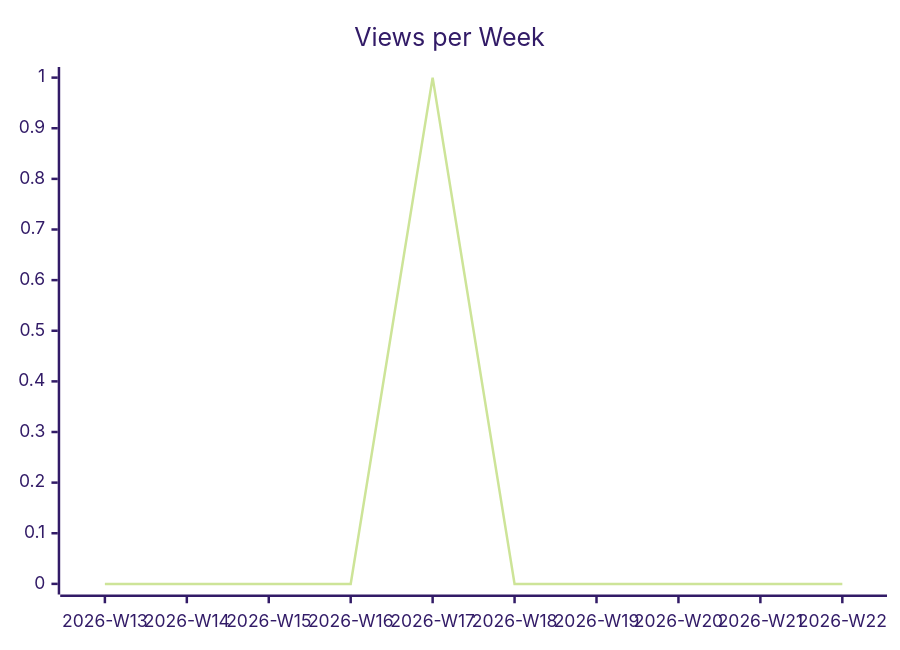
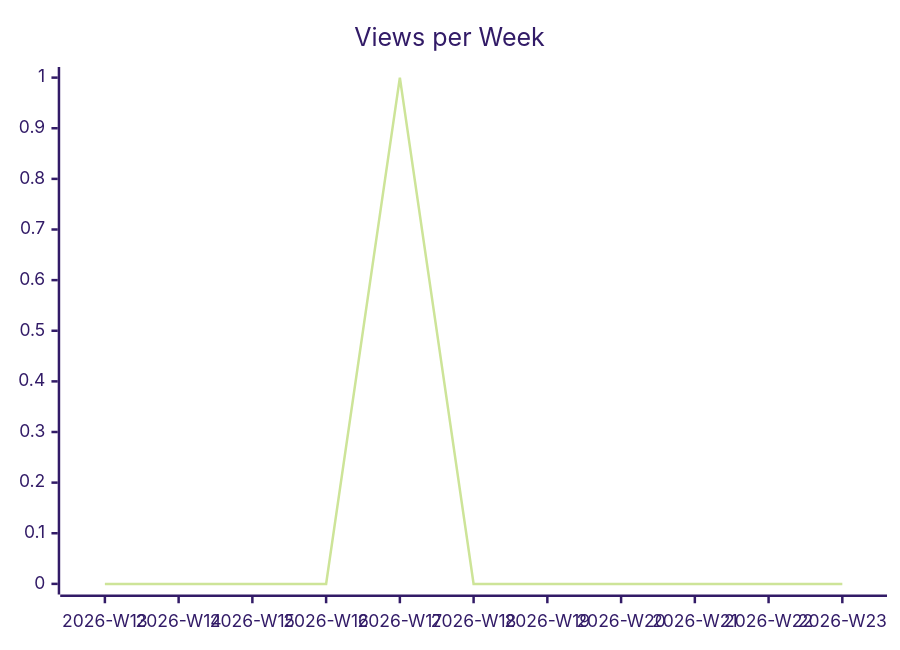
One commit to justdavis-family/github-analytics-data changed the second of 3 diagrams in karlmdavis/ansible-role-rcm-dotfiles/README.md. Above: the diagram before and after it, drawn with Mermaid (forest theme). The commit also changed other lines of this file and 186 other files, not shown here.

````diff
--- a/karlmdavis/ansible-role-rcm-dotfiles/README.md
+++ b/karlmdavis/ansible-role-rcm-dotfiles/README.md
@@ -12,6 +12,6 @@
 ```mermaid
 xychart-beta
   title "Views per Week"
-  x-axis ["2026-W13", "2026-W14", "2026-W15", "2026-W16", "2026-W17", "2026-W18", "2026-W19", "2026-W20", "2026-W21", "2026-W22"]
-  line [0, 0, 0, 0, 1, 0, 0, 0, 0, 0]
+  x-axis ["2026-W13", "2026-W14", "2026-W15", "2026-W16", "2026-W17", "2026-W18", "2026-W19", "2026-W20", "2026-W21", "2026-W22", "2026-W23"]
+  line [0, 0, 0, 0, 1, 0, 0, 0, 0, 0, 0]
 ```
````
